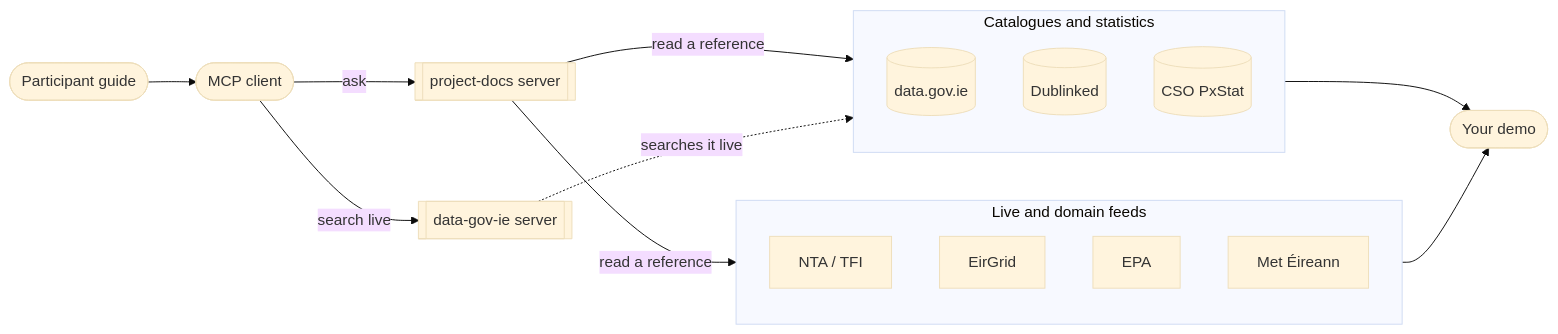
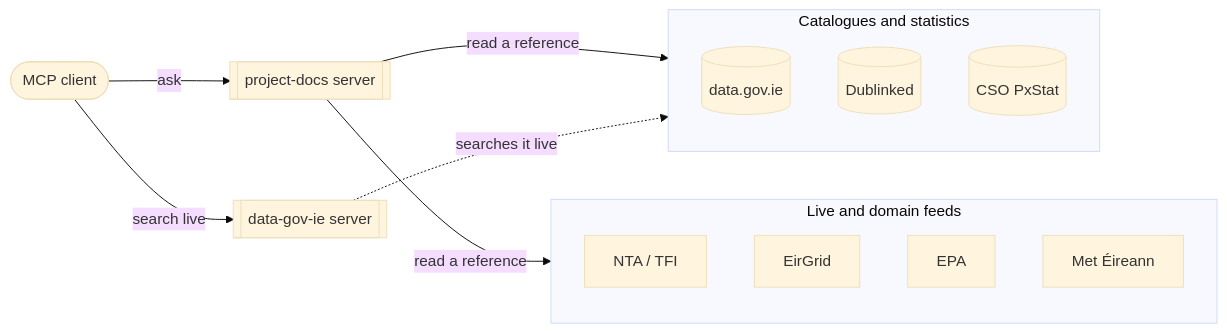
Before and after one commit to BrunoAlencar/mcp-build-for-ireland: the diagram in README.md, drawn with Mermaid (base theme). The commit also changed other lines of this file and 11 other files, not shown here.

First line of the commit message:
Remove participant guide and focus docs on the MCP servers

````diff
--- a/README.md
+++ b/README.md
@@ -9,38 +7,33 @@
 ```mermaid
 flowchart LR
-    guide([Participant guide]) --> client([MCP client])
-    client -- ask --> docs[[project-docs server]]
+    client([MCP client]) -- ask --> docs[[project-docs server]]
     client -- search live --> dg[[data-gov-ie server]]
 
     subgraph cat [Catalogues and statistics]
         datagov[(data.gov.ie)]
         dublinked[(Dublinked)]
         cso[(CSO PxStat)]
     end
 
     subgraph feeds [Live and domain feeds]
         nta[NTA / TFI]
         eirgrid[EirGrid]
         epa[EPA]
         met[Met Éireann]
     end
 
     docs -- read a reference --> cat
     docs -- read a reference --> feeds
     dg -. searches it live .-> cat
-    cat --> demo([Your demo])
-    feeds --> demo
 
-    click guide href "https://github.com/BrunoAlencar/mcp-build-for-ireland/blob/main/docs/participant-guide.md" "Open the participant guide"
     click client href "https://github.com/BrunoAlencar/mcp-build-for-ireland/blob/main/docs/mcp-guide.md#run-locally" "How to connect an MCP client"
     click docs href "https://github.com/BrunoAlencar/mcp-build-for-ireland/blob/main/docs/mcp-guide.md#available-now-project-docs" "project-docs tools"
     click dg href "https://github.com/BrunoAlencar/mcp-build-for-ireland/blob/main/docs/mcp-guide.md#available-now-data-gov-ie" "data-gov-ie tools"
     click datagov href "https://github.com/BrunoAlencar/mcp-build-for-ireland/blob/main/docs/apis/data-gov-ie.md" "data.gov.ie API reference"
     click dublinked href "https://github.com/BrunoAlencar/mcp-build-for-ireland/blob/main/docs/apis/dublinked.md" "Dublinked API reference"
     click cso href "https://github.com/BrunoAlencar/mcp-build-for-ireland/blob/main/docs/apis/cso-pxstat.md" "CSO PxStat API reference"
     click nta href "https://github.com/BrunoAlencar/mcp-build-for-ireland/blob/main/docs/apis/nta-tfi.md" "NTA / TFI API reference"
     click eirgrid href "https://github.com/BrunoAlencar/mcp-build-for-ireland/blob/main/docs/apis/eirgrid.md" "EirGrid reference"
     click epa href "https://github.com/BrunoAlencar/mcp-build-for-ireland/blob/main/docs/apis/epa.md" "EPA API reference"
     click met href "https://github.com/BrunoAlencar/mcp-build-for-ireland/blob/main/docs/apis/met-eireann.md" "Met Éireann reference"
-    click demo href "https://github.com/BrunoAlencar/mcp-build-for-ireland/blob/main/docs/mcp-release-plan.md" "Release plan"
 ```
````
